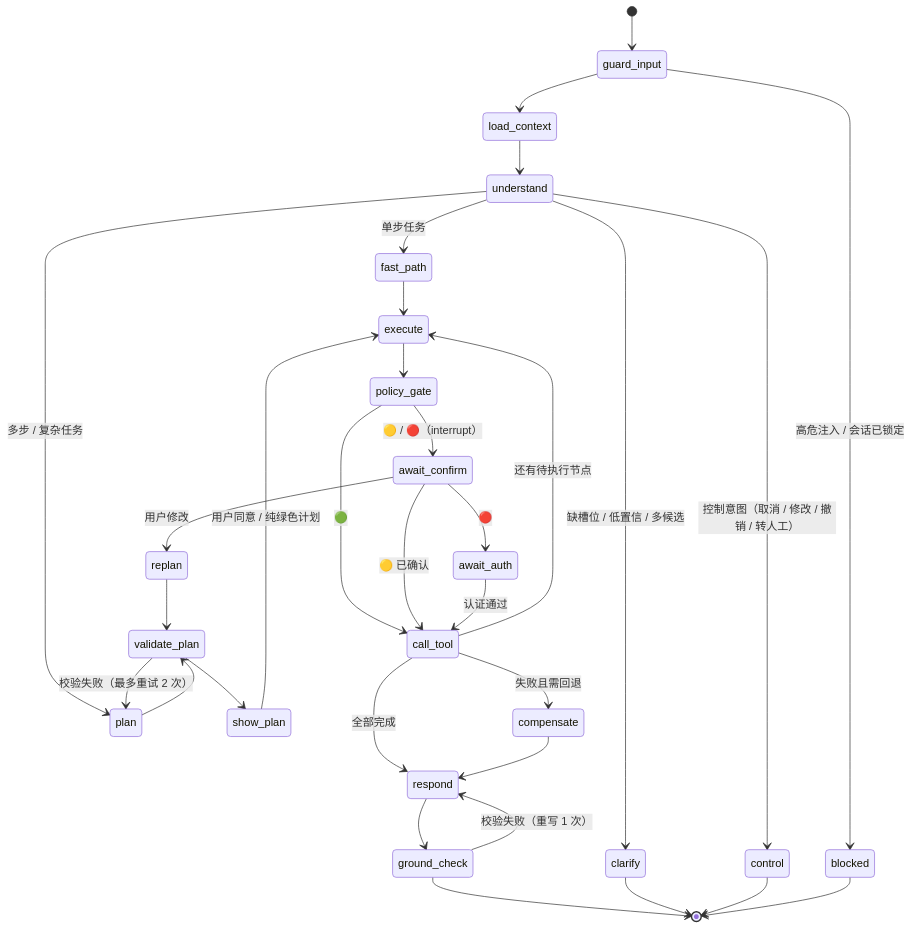
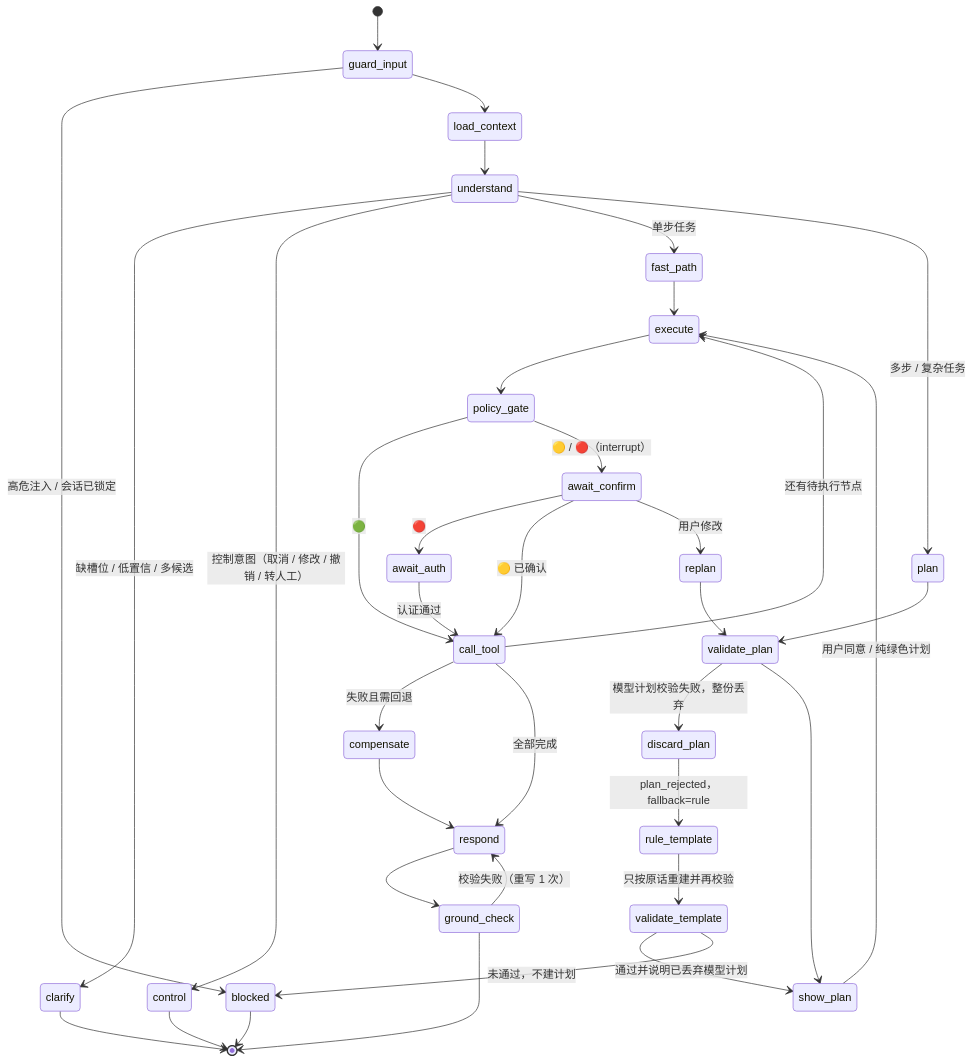
Before and after one commit to SuperWheel/saydo-agent: the fourth of 9 diagrams in docs/02-产品技术文档.md, drawn with Mermaid. The commit also changed other lines of this file and 11 other files, not shown here.

````diff
--- a/docs/02-产品技术文档.md
+++ b/docs/02-产品技术文档.md
@@ -298,34 +298,38 @@
 ```mermaid
 stateDiagram-v2
     [*] --> guard_input
     guard_input --> blocked: 高危注入 / 会话已锁定
     guard_input --> load_context
     load_context --> understand
     understand --> clarify: 缺槽位 / 低置信 / 多候选
     understand --> control: 控制意图（取消 / 修改 / 撤销 / 转人工）
     understand --> fast_path: 单步任务
     understand --> plan: 多步 / 复杂任务
     plan --> validate_plan
-    validate_plan --> plan: 校验失败（最多重试 2 次）
+    validate_plan --> discard_plan: 模型计划校验失败，整份丢弃
+    discard_plan --> rule_template: plan_rejected，fallback=rule
+    rule_template --> validate_template: 只按原话重建并再校验
+    validate_template --> show_plan: 通过并说明已丢弃模型计划
+    validate_template --> blocked: 未通过，不建计划
     validate_plan --> show_plan
     show_plan --> execute: 用户同意 / 纯绿色计划
     fast_path --> execute
     execute --> policy_gate
     policy_gate --> call_tool: 🟢
     policy_gate --> await_confirm: 🟡 / 🔴（interrupt）
     await_confirm --> await_auth: 🔴
     await_confirm --> call_tool: 🟡 已确认
     await_auth --> call_tool: 认证通过
     await_confirm --> replan: 用户修改
     call_tool --> execute: 还有待执行节点
     call_tool --> compensate: 失败且需回退
     call_tool --> respond: 全部完成
     compensate --> respond
     replan --> validate_plan
     respond --> ground_check
     ground_check --> respond: 校验失败（重写 1 次）
     ground_check --> [*]
     clarify --> [*]
     control --> [*]
     blocked --> [*]
 ```
````
